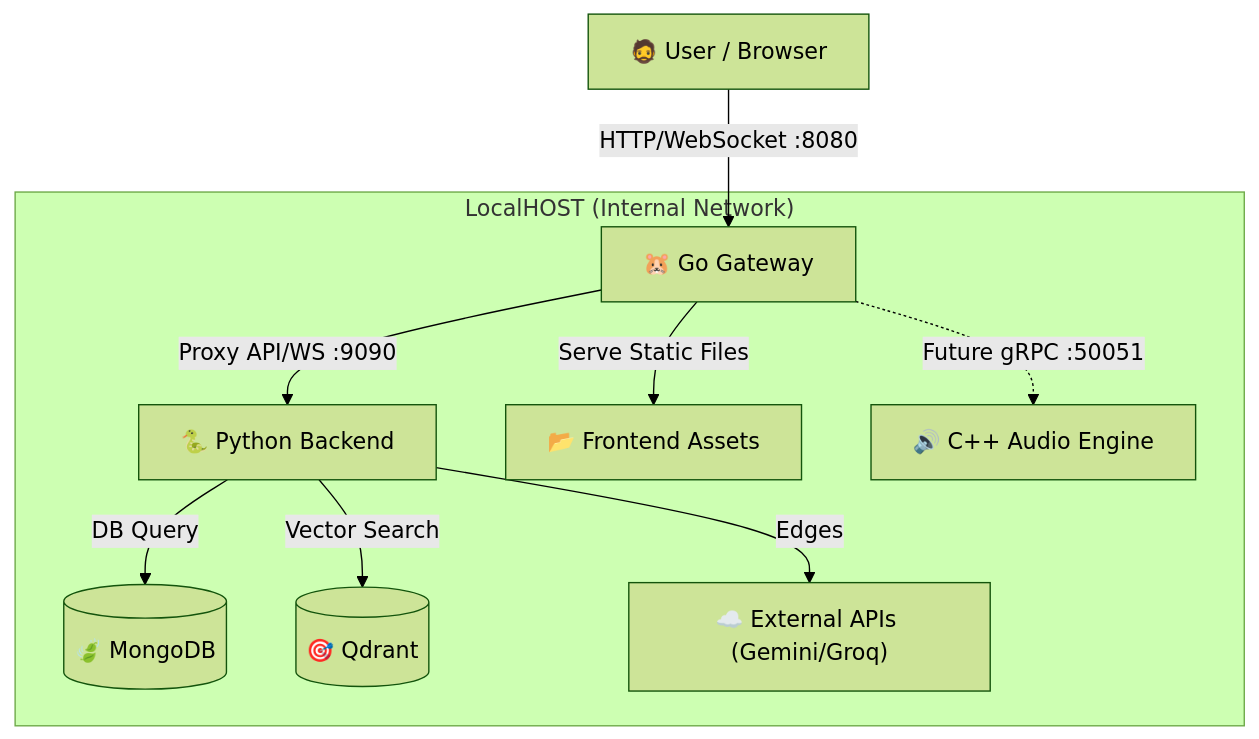
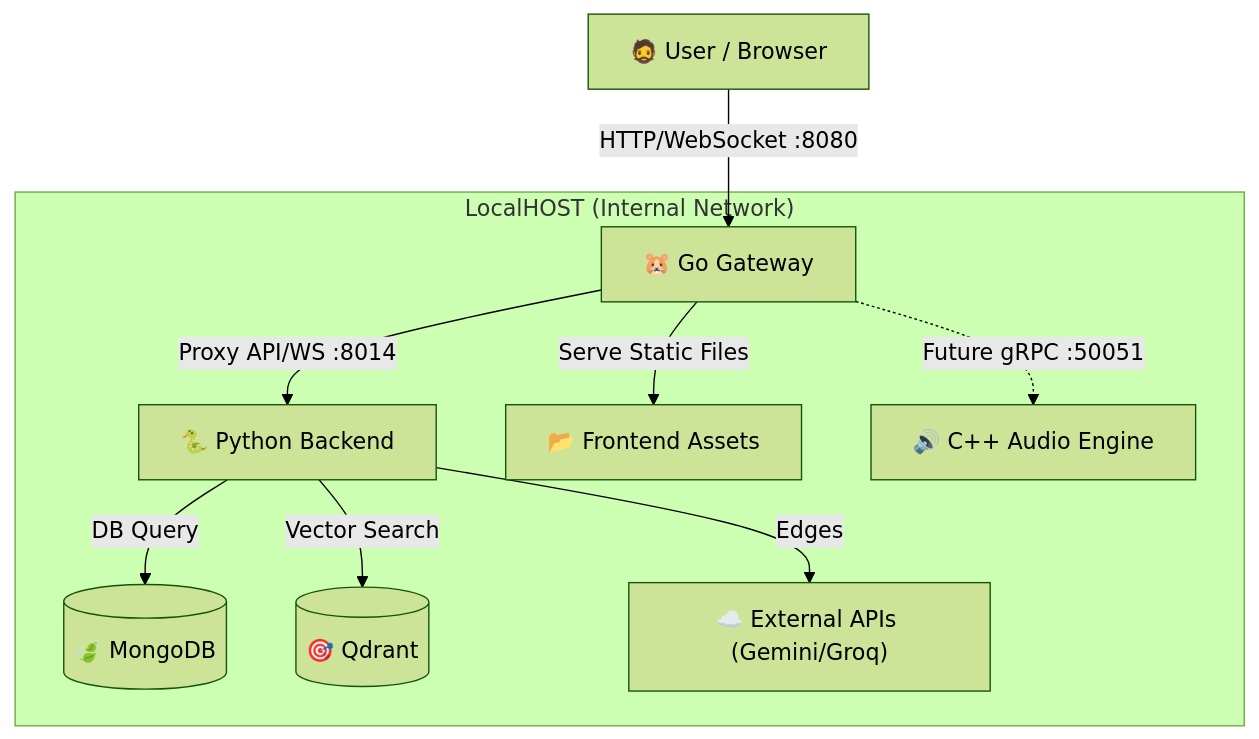
One commit to Mike0165115321/AI-Robot-Guide- changed the diagram in docs/03_แผนอนาคต/สถาปัตยกรรม_และ_แผนงาน.md. Above: the diagram before and after it, drawn with Mermaid (forest theme). The commit also changed other lines of this file and 11 other files, not shown here.

````diff
--- a/docs/03_แผนอนาคต/สถาปัตยกรรม_และ_แผนงาน.md
+++ b/docs/03_แผนอนาคต/สถาปัตยกรรม_และ_แผนงาน.md
@@ -13,14 +13,14 @@
 ```mermaid
 graph TD
     User["🧔 User / Browser"] -->|HTTP/WebSocket :8080| Gateway["🐹 Go Gateway"]
     
     subgraph "LocalHOST (Internal Network)"
-        Gateway -->|Proxy API/WS :9090| Python["🐍 Python Backend"]
+        Gateway -->|Proxy API/WS :8014| Python["🐍 Python Backend"]
         Gateway -->|Serve Static Files| Frontend["📂 Frontend Assets"]
         Gateway -.->|Future gRPC :50051| Cpp["🔊 C++ Audio Engine"]
         
         Python -->|DB Query| Mongo[("🍃 MongoDB")]
         Python -->|Vector Search| Qdrant[("🎯 Qdrant")]
         Python -->|Edges| External["☁️ External APIs (Gemini/Groq)"]
     end
 ```
````
